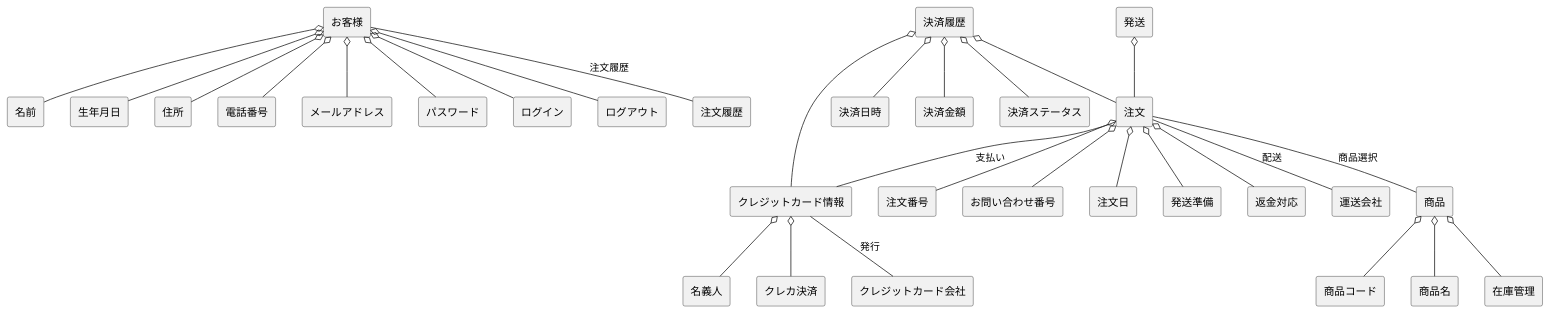
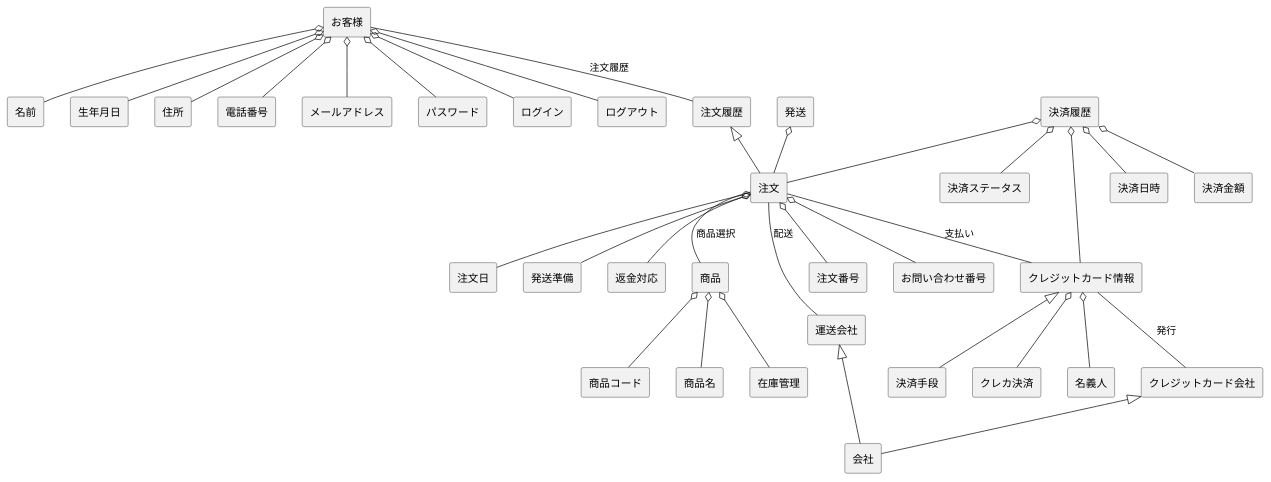
The diagram in domain.pu (kTaiga1016/kouka), drawn with PlantUML before and after one commit.

```diff
--- a/domain.pu
+++ b/domain.pu
@@ -1,40 +1,48 @@
 @startuml Robodogドメインモデル図
 skinparam componentStyle rectangle
 
+' 属性（has-a関係）
 [お客様] o-- [名前]
 [お客様] o-- [生年月日]
 [お客様] o-- [住所]
 [お客様] o-- [電話番号]
 [お客様] o-- [メールアドレス]
 [お客様] o-- [パスワード]
 [お客様] o-- [ログイン]
 [お客様] o-- [ログアウト]
 
 [商品] o-- [商品コード]
 [商品] o-- [商品名]
 [商品] o-- [在庫管理]
 
 [注文] o-- [注文番号]
 [注文] o-- [お問い合わせ番号]
 [注文] o-- [注文日]
 [注文] o-- [発送準備]
 [注文] o-- [返金対応]
 
 [発送] o-- [注文]
 
 [クレジットカード情報] o-- [名義人]
 [クレジットカード情報] o-- [クレカ決済]
 
 [決済履歴] o-- [注文]
 [決済履歴] o-- [クレジットカード情報]
 [決済履歴] o-- [決済日時]
 [決済履歴] o-- [決済金額]
 [決済履歴] o-- [決済ステータス]
 
+' 関係（has-a）
 [お客様] -- [注文履歴] : 注文履歴
 [注文] -- [商品] : 商品選択
 [注文] -- [クレジットカード情報] : 支払い
 [注文] -- [運送会社] : 配送
 [クレジットカード情報] -- [クレジットカード会社] : 発行
 
+' is-a モデル（継承関係）
+[注文履歴] <|-- [注文]
+[クレジットカード情報] <|-- [決済手段]
+[運送会社] <|-- [会社]
+[クレジットカード会社] <|-- [会社]
+
 @enduml
```
